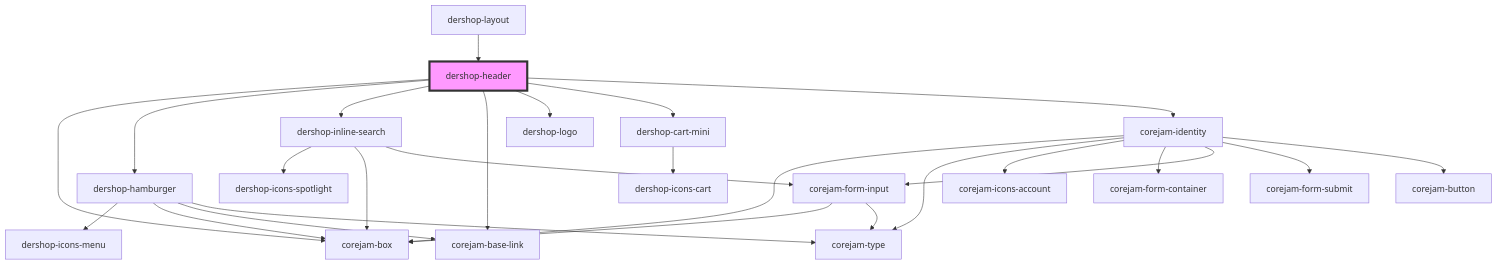
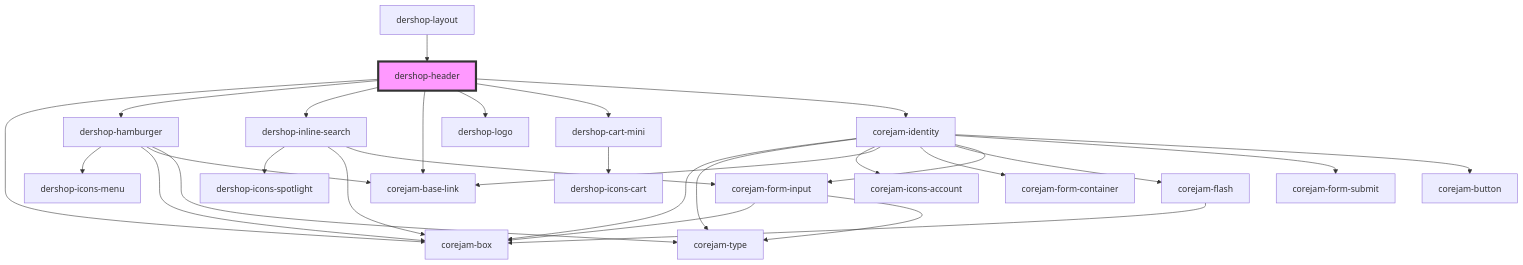
The diagram in packages/dershop/app/components/dershop-header/readme.md (corejam/corejam), drawn with Mermaid before and after one commit. The commit also changed 43 other files, not shown here.

````diff
--- a/packages/dershop/app/components/dershop-header/readme.md
+++ b/packages/dershop/app/components/dershop-header/readme.md
@@ -34,29 +34,32 @@
 ```mermaid
 graph TD;
   dershop-header --> corejam-box
   dershop-header --> dershop-hamburger
   dershop-header --> dershop-inline-search
   dershop-header --> corejam-base-link
   dershop-header --> dershop-logo
   dershop-header --> dershop-cart-mini
   dershop-header --> corejam-identity
   dershop-hamburger --> dershop-icons-menu
   dershop-hamburger --> corejam-box
   dershop-hamburger --> corejam-base-link
   dershop-hamburger --> corejam-type
   dershop-inline-search --> dershop-icons-spotlight
   dershop-inline-search --> corejam-box
   dershop-inline-search --> corejam-form-input
   corejam-form-input --> corejam-box
   corejam-form-input --> corejam-type
   dershop-cart-mini --> dershop-icons-cart
   corejam-identity --> corejam-box
   corejam-identity --> corejam-type
   corejam-identity --> corejam-icons-account
+  corejam-identity --> corejam-base-link
   corejam-identity --> corejam-form-container
+  corejam-identity --> corejam-flash
   corejam-identity --> corejam-form-input
   corejam-identity --> corejam-form-submit
   corejam-identity --> corejam-button
+  corejam-flash --> corejam-box
   dershop-layout --> dershop-header
   style dershop-header fill:#f9f,stroke:#333,stroke-width:4px
 ```
````
